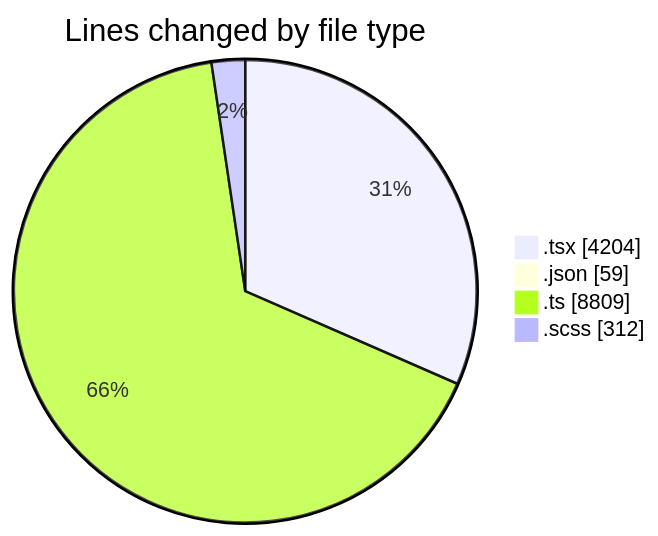
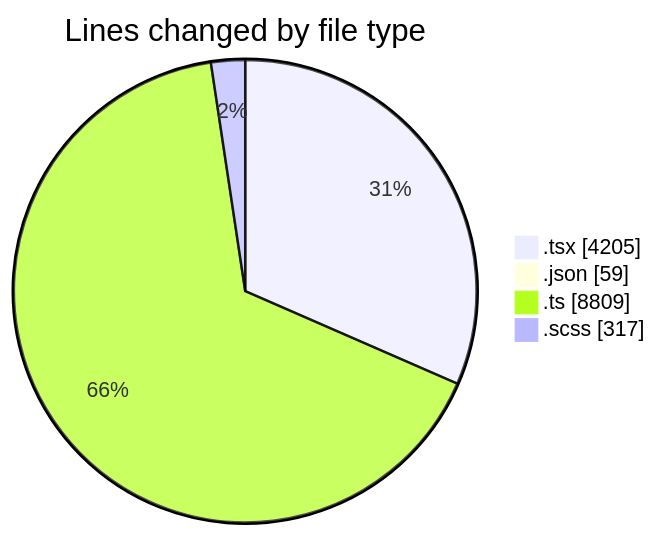
One commit to momahboobian/code-tracking changed the first of 2 diagrams in 2025-11-24/cda/README.md. Above: the diagram before and after it, drawn with Mermaid. The commit also changed other lines of this file and 1 other file, not shown here.

````diff
--- a/2025-11-24/cda/README.md
+++ b/2025-11-24/cda/README.md
@@ -35,8 +35,8 @@
 ```mermaid
 pie showData
 title Lines changed by file type
-".tsx" : 4204
+".tsx" : 4205
 ".json" : 59
 ".ts" : 8809
-".scss" : 312
+".scss" : 317
 ```
````
